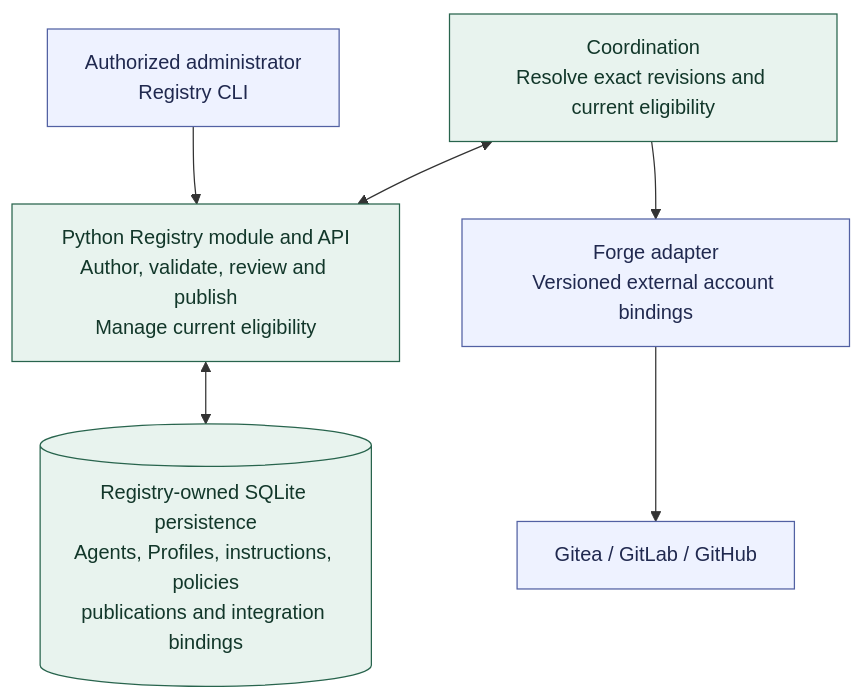
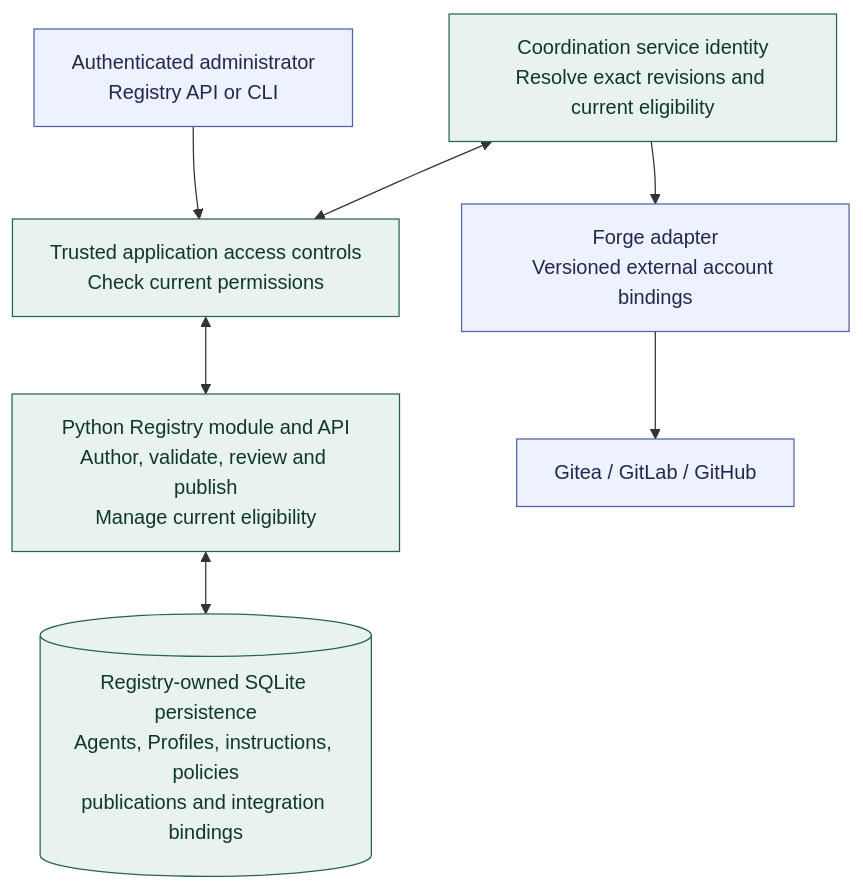
One commit to andrii2g/mobiraeon changed the diagram in docs/diagrams/registry-organization.md. Above: the diagram before and after it, drawn with Mermaid. The commit also changed other lines of this file and 9 other files, not shown here.

Commit message:
added Registry administrator access

````diff
--- a/docs/diagrams/registry-organization.md
+++ b/docs/diagrams/registry-organization.md
@@ -5,18 +5,19 @@
 ```mermaid
 ---
 config:
   flowchart:
     wrappingWidth: 250
 ---
 flowchart TB
-    ADMIN["Authorized administrator<br/>Registry CLI"] --> API["Python Registry module and API<br/>Author, validate, review and publish<br/>Manage current eligibility"]
+    ADMIN["Authenticated administrator<br/>Registry API or CLI"] --> ACCESS["Trusted application access controls<br/>Check current permissions"]
+    ACCESS <--> API["Python Registry module and API<br/>Author, validate, review and publish<br/>Manage current eligibility"]
     API <--> STORE[("Registry-owned SQLite persistence<br/>Agents, Profiles, instructions, policies<br/>publications and integration bindings")]
-    COORD["Coordination<br/>Resolve exact revisions and current eligibility"] <--> API
+    COORD["Coordination service identity<br/>Resolve exact revisions and current eligibility"] <--> ACCESS
     COORD --> ADAPTER["Forge adapter<br/>Versioned external account bindings"]
     ADAPTER --> FORGE["Gitea / GitLab / GitHub"]
 
     classDef agreed fill:#e8f3ee,stroke:#28644d,color:#12372a;
     classDef boundary fill:#eef2ff,stroke:#5261a3,color:#20294f;
-    class API,STORE,COORD agreed;
+    class ACCESS,API,STORE,COORD agreed;
     class ADMIN,ADAPTER,FORGE boundary;
 ```
````
